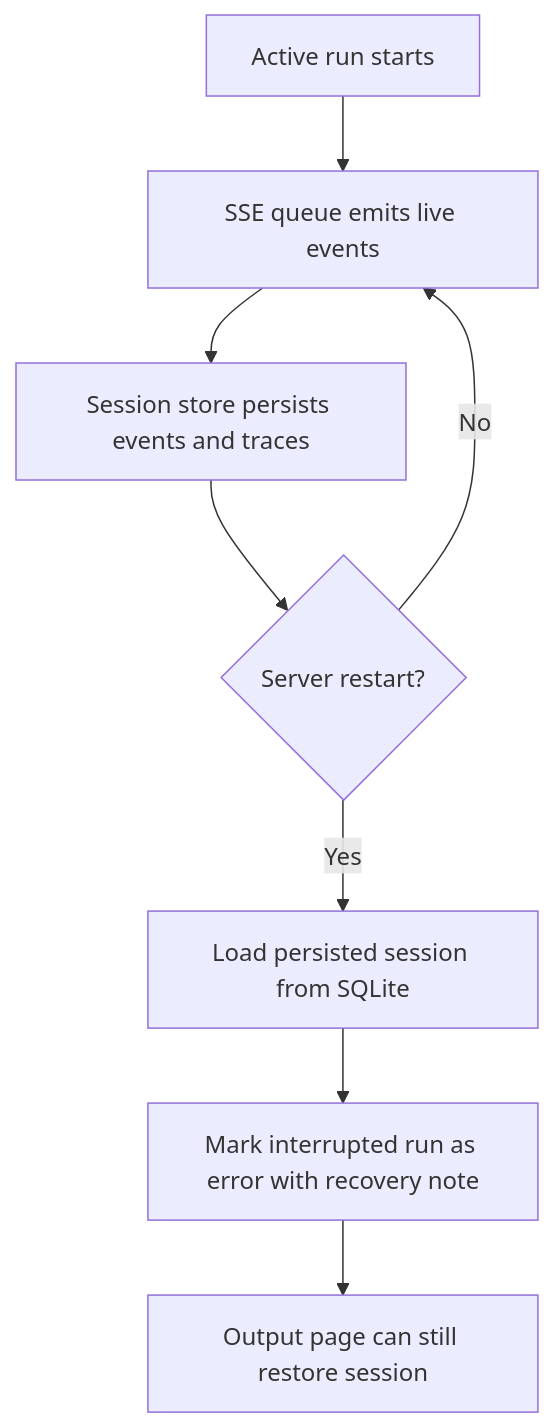
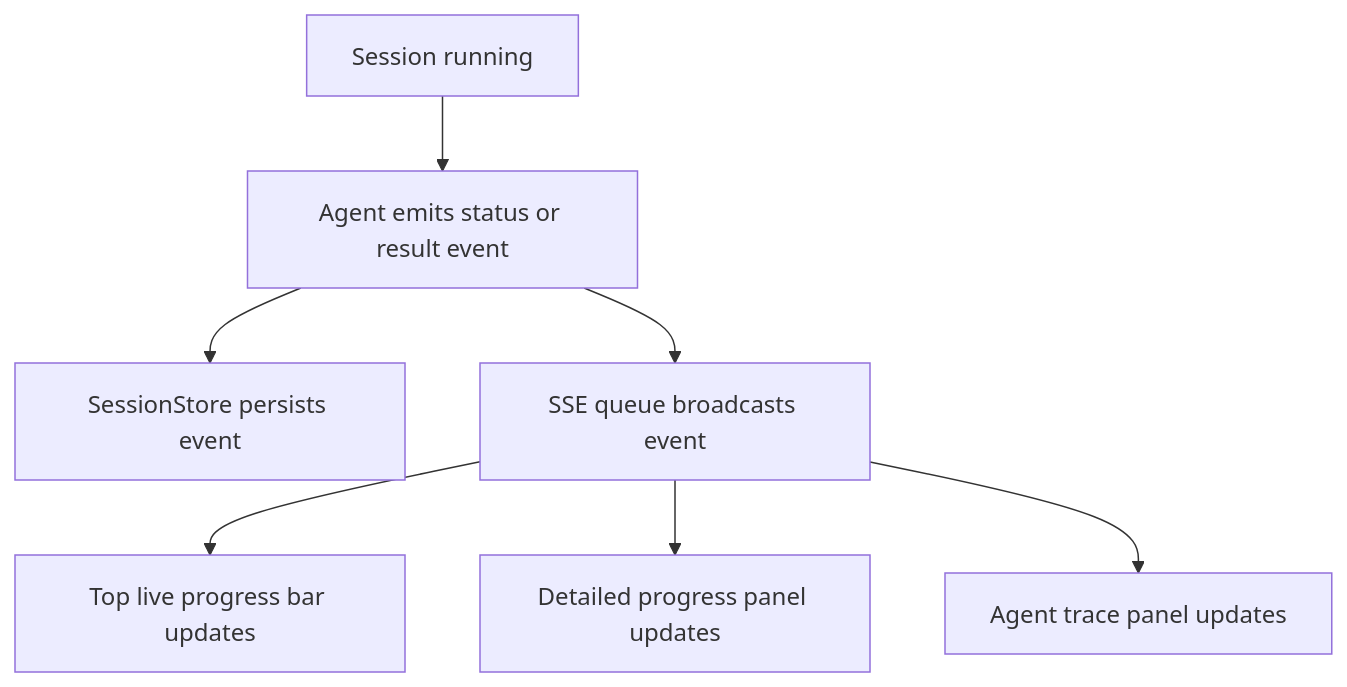
The sixth of 10 diagrams in Group_9/ai-hackathon/docs/WORKFLOW_DIAGRAMS.md (greenp8888/Submissions_C5), drawn with Mermaid before and after one commit. The commit also changed other lines of this file and 35 other files, not shown here.

````diff
--- a/Group_9/ai-hackathon/docs/WORKFLOW_DIAGRAMS.md
+++ b/Group_9/ai-hackathon/docs/WORKFLOW_DIAGRAMS.md
@@ -119,18 +148,17 @@
 ```mermaid
 flowchart TD
-    Start[Active run starts]
-    Queue[SSE queue emits live events]
-    Persist[Session store persists events and traces]
-    Restart{Server restart?}
-    Recover[Load persisted session from SQLite]
-    Mark[Mark interrupted run as error with recovery note]
-    Output[Output page can still restore session]
+    Start[Session running]
+    Event[Agent emits status or result event]
+    Persist[SessionStore persists event]
+    Queue[SSE queue broadcasts event]
+    TopBar[Top live progress bar updates]
+    Panel[Detailed progress panel updates]
+    Trace[Agent trace panel updates]
 
-    Start --> Queue
-    Queue --> Persist
-    Persist --> Restart
-    Restart -- No --> Queue
-    Restart -- Yes --> Recover
-    Recover --> Mark
-    Mark --> Output
+    Start --> Event
+    Event --> Persist
+    Event --> Queue
+    Queue --> TopBar
+    Queue --> Panel
+    Queue --> Trace
 ```
````
